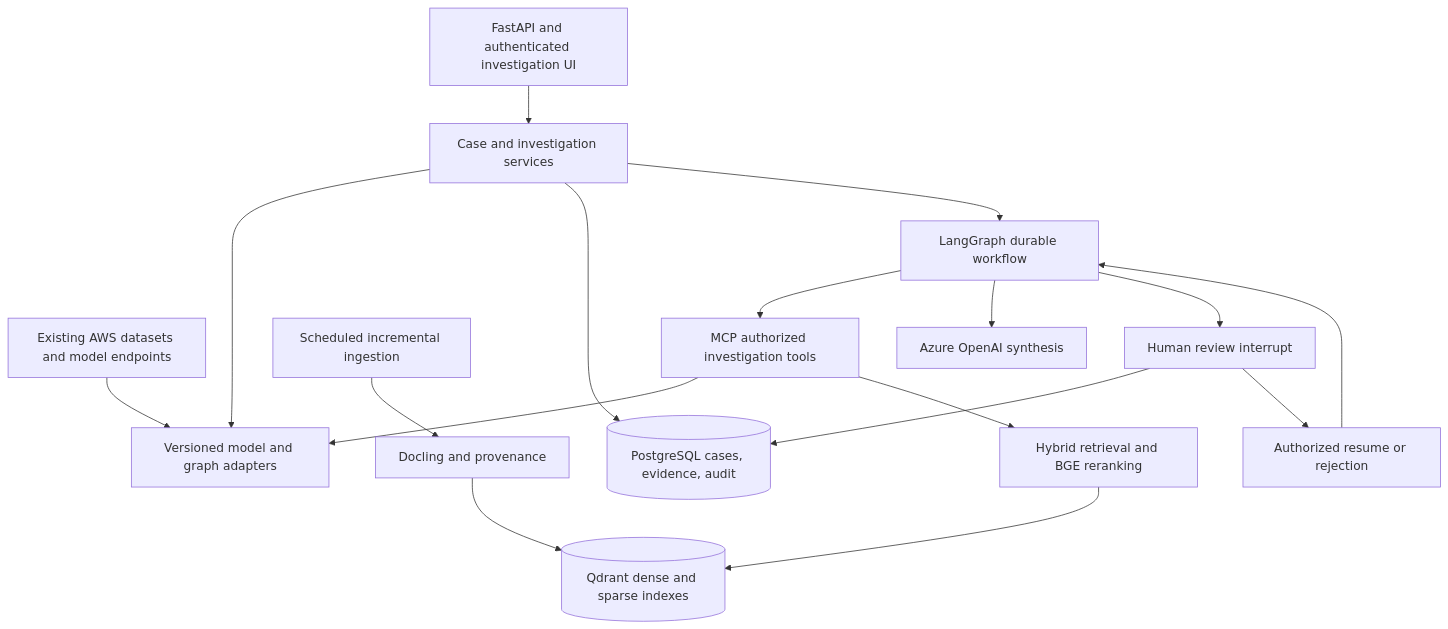
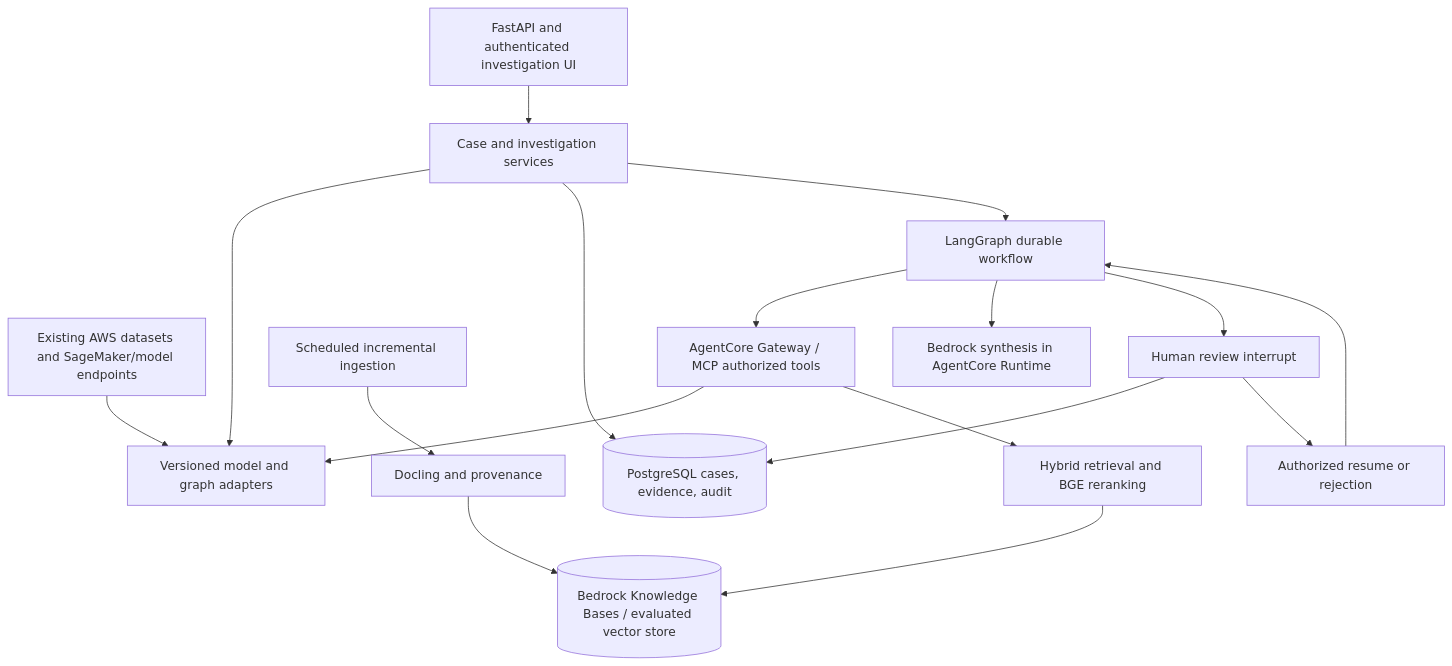
The diagram in AGENTIC_FRAUD_PLATFORM_PLAN.md (sumanthreddy369/agentic-fraud-investigation-platform), drawn with Mermaid before and after one commit. The commit also changed other lines of this file and 4 other files, not shown here.

Commit message:
docs: align fraud platform roadmap to AWS

````diff
--- a/AGENTIC_FRAUD_PLATFORM_PLAN.md
+++ b/AGENTIC_FRAUD_PLATFORM_PLAN.md
@@ -40,19 +40,19 @@
 ```mermaid
 flowchart TD
-    Existing[Existing AWS datasets and model endpoints] --> Adapters[Versioned model and graph adapters]
+    Existing[Existing AWS datasets and SageMaker/model endpoints] --> Adapters[Versioned model and graph adapters]
     API[FastAPI and authenticated investigation UI] --> Services[Case and investigation services]
     Services --> Adapters
     Services --> DB[(PostgreSQL cases, evidence, audit)]
     Services --> Graph[LangGraph durable workflow]
-    Graph --> MCP[MCP authorized investigation tools]
+    Graph --> MCP[AgentCore Gateway / MCP authorized tools]
     MCP --> Adapters
     MCP --> Search[Hybrid retrieval and BGE reranking]
     ETL[Scheduled incremental ingestion] --> Parse[Docling and provenance]
-    Parse --> Q[(Qdrant dense and sparse indexes)]
+    Parse --> Q[(Bedrock Knowledge Bases / evaluated vector store)]
     Search --> Q
-    Graph --> Azure[Azure OpenAI synthesis]
+    Graph --> Bedrock[Bedrock synthesis in AgentCore Runtime]
     Graph --> Review[Human review interrupt]
     Review --> DB
     Review --> Resume[Authorized resume or rejection]
     Resume --> Graph
 ```
````
